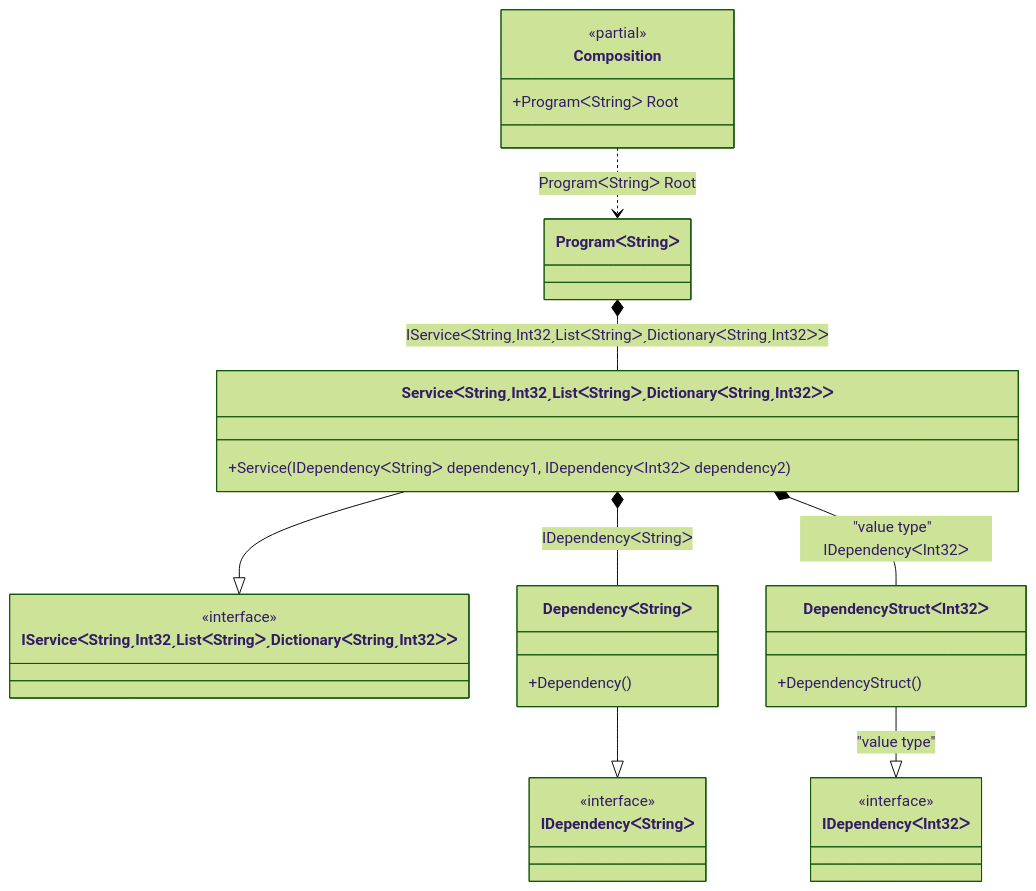
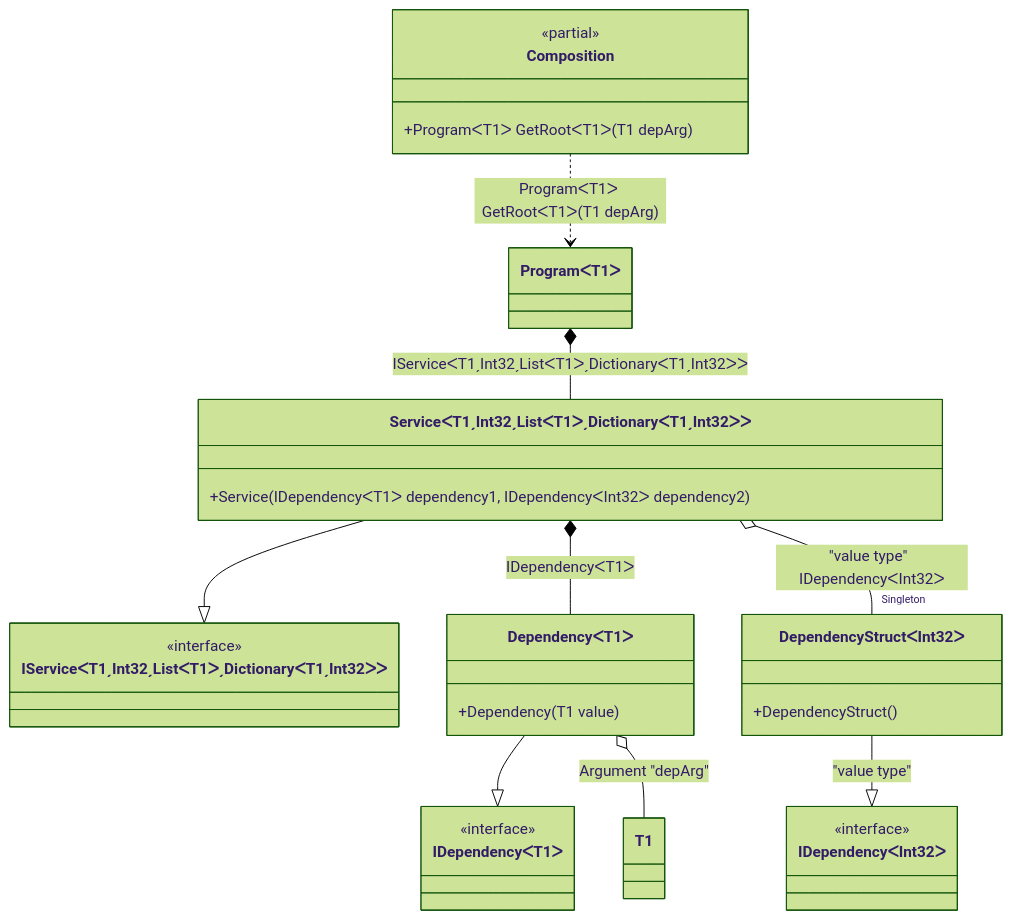
The diagram in readme/complex-generics.md (DevTeam/Pure.DI), drawn with Mermaid (forest theme) before and after one commit. The commit also changed other lines of this file and 14 other files, not shown here.

````diff
--- a/readme/complex-generics.md
+++ b/readme/complex-generics.md
@@ -97,32 +117,33 @@
 ```mermaid
 classDiagram
 	class Composition {
 		<<partial>>
-		+ProgramᐸStringᐳ Root
+		+ProgramᐸT1ᐳ GetRootᐸT1ᐳ(T1 depArg)
 	}
-	ServiceᐸStringˏInt32ˏListᐸStringᐳˏDictionaryᐸStringˏInt32ᐳᐳ --|> IServiceᐸStringˏInt32ˏListᐸStringᐳˏDictionaryᐸStringˏInt32ᐳᐳ
-	class ServiceᐸStringˏInt32ˏListᐸStringᐳˏDictionaryᐸStringˏInt32ᐳᐳ {
-		+Service(IDependencyᐸStringᐳ dependency1, IDependencyᐸInt32ᐳ dependency2)
-	}
-	DependencyᐸStringᐳ --|> IDependencyᐸStringᐳ
-	class DependencyᐸStringᐳ {
-		+Dependency()
+	ServiceᐸT1ˏInt32ˏListᐸT1ᐳˏDictionaryᐸT1ˏInt32ᐳᐳ --|> IServiceᐸT1ˏInt32ˏListᐸT1ᐳˏDictionaryᐸT1ˏInt32ᐳᐳ
+	class ServiceᐸT1ˏInt32ˏListᐸT1ᐳˏDictionaryᐸT1ˏInt32ᐳᐳ {
+		+Service(IDependencyᐸT1ᐳ dependency1, IDependencyᐸInt32ᐳ dependency2)
 	}
 	DependencyStructᐸInt32ᐳ --|> IDependencyᐸInt32ᐳ : "value type" 
 	class DependencyStructᐸInt32ᐳ {
 		+DependencyStruct()
 	}
-	class IServiceᐸStringˏInt32ˏListᐸStringᐳˏDictionaryᐸStringˏInt32ᐳᐳ {
-		<<interface>>
+	DependencyᐸT1ᐳ --|> IDependencyᐸT1ᐳ
+	class DependencyᐸT1ᐳ {
+		+Dependency(T1 value)
 	}
-	class IDependencyᐸStringᐳ {
+	class IServiceᐸT1ˏInt32ˏListᐸT1ᐳˏDictionaryᐸT1ˏInt32ᐳᐳ {
 		<<interface>>
 	}
 	class IDependencyᐸInt32ᐳ {
 		<<interface>>
 	}
-	Composition ..> ProgramᐸStringᐳ : ProgramᐸStringᐳ Root
-	ProgramᐸStringᐳ *--  ServiceᐸStringˏInt32ˏListᐸStringᐳˏDictionaryᐸStringˏInt32ᐳᐳ : IServiceᐸStringˏInt32ˏListᐸStringᐳˏDictionaryᐸStringˏInt32ᐳᐳ
-	ServiceᐸStringˏInt32ˏListᐸStringᐳˏDictionaryᐸStringˏInt32ᐳᐳ *--  DependencyᐸStringᐳ : IDependencyᐸStringᐳ
-	ServiceᐸStringˏInt32ˏListᐸStringᐳˏDictionaryᐸStringˏInt32ᐳᐳ *--  DependencyStructᐸInt32ᐳ : "value type"  IDependencyᐸInt32ᐳ
+	class IDependencyᐸT1ᐳ {
+		<<interface>>
+	}
+	Composition ..> ProgramᐸT1ᐳ : ProgramᐸT1ᐳ GetRootᐸT1ᐳ(T1 depArg)
+	ProgramᐸT1ᐳ *--  ServiceᐸT1ˏInt32ˏListᐸT1ᐳˏDictionaryᐸT1ˏInt32ᐳᐳ : IServiceᐸT1ˏInt32ˏListᐸT1ᐳˏDictionaryᐸT1ˏInt32ᐳᐳ
+	ServiceᐸT1ˏInt32ˏListᐸT1ᐳˏDictionaryᐸT1ˏInt32ᐳᐳ *--  DependencyᐸT1ᐳ : IDependencyᐸT1ᐳ
+	ServiceᐸT1ˏInt32ˏListᐸT1ᐳˏDictionaryᐸT1ˏInt32ᐳᐳ o-- "Singleton" DependencyStructᐸInt32ᐳ : "value type"  IDependencyᐸInt32ᐳ
+	DependencyᐸT1ᐳ o-- T1 : Argument "depArg"
 ```
````
